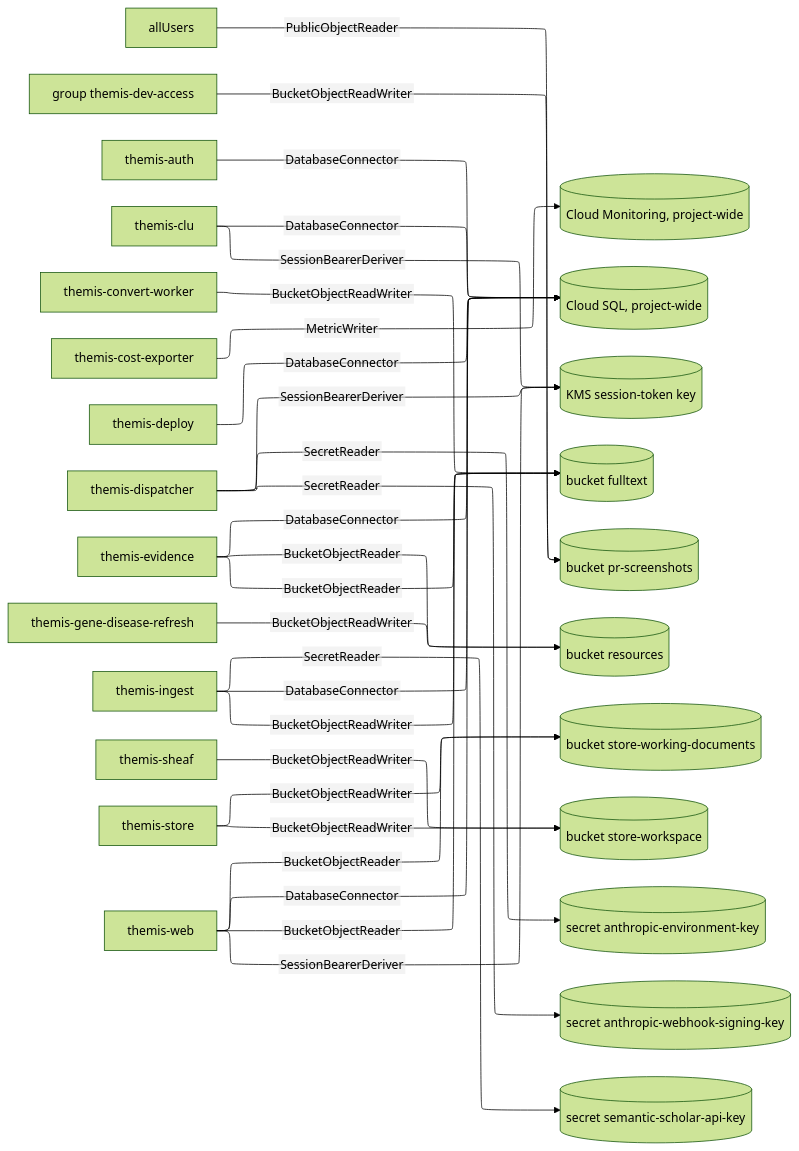
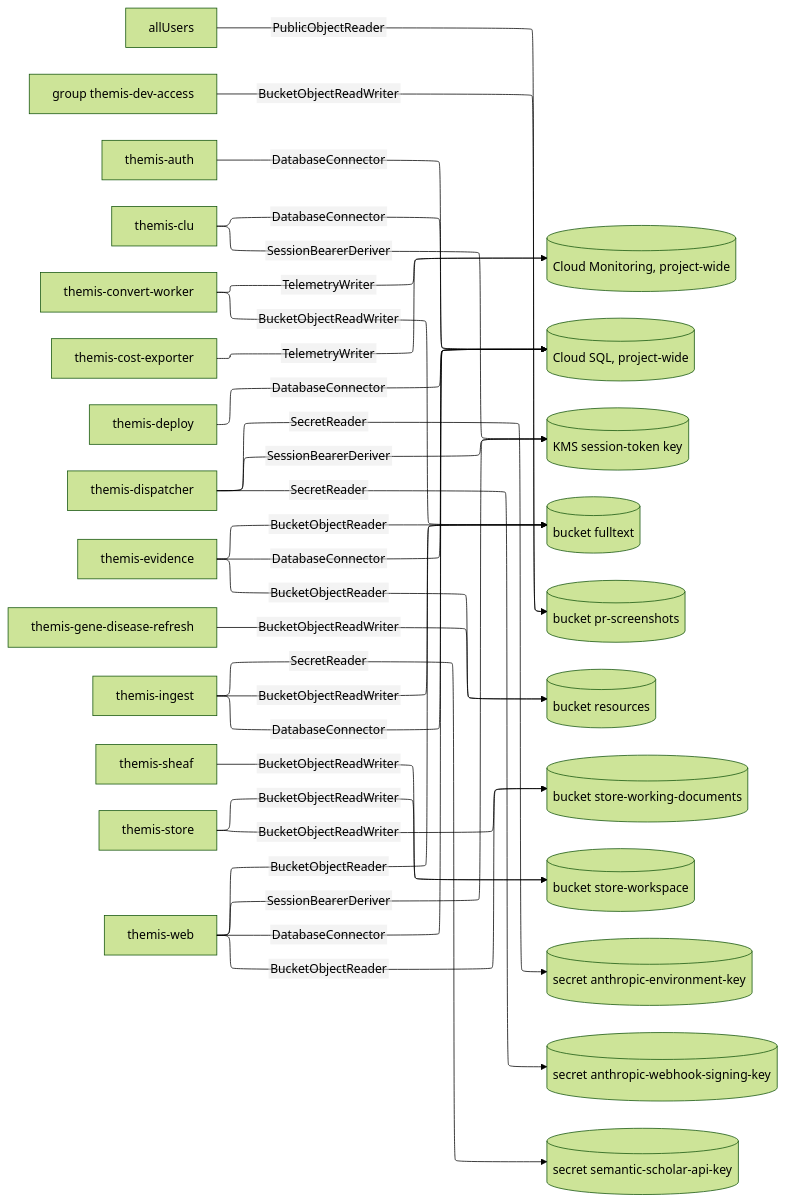
Before and after one commit to populationgenomics/themis: the diagram in docs/design/grants/data.mmd, drawn with Mermaid (forest theme). The commit also changed 36 other files, not shown here.

```diff
--- a/docs/design/grants/data.mmd
+++ b/docs/design/grants/data.mmd
@@ -1,52 +1,53 @@
 %%{init: {"layout": "elk", "elk": {"mergeEdges": true, "nodePlacementStrategy": "NETWORK_SIMPLEX"}, "htmlLabels": false, "flowchart": {"htmlLabels": false, "wrappingWidth": 320}}}%%
 flowchart LR
     n0["allUsers"]
     n1["group themis-dev-access"]
     n2["themis-auth"]
     n3["themis-clu"]
     n4["themis-convert-worker"]
     n5["themis-cost-exporter"]
     n6["themis-deploy"]
     n7["themis-dispatcher"]
     n8["themis-evidence"]
     n9["themis-gene-disease-refresh"]
     n10["themis-ingest"]
     n11["themis-sheaf"]
     n12["themis-store"]
     n13["themis-web"]
     n14[("Cloud Monitoring, project-wide")]
     n15[("Cloud SQL, project-wide")]
     n16[("KMS session-token key")]
     n17[("bucket fulltext")]
     n18[("bucket pr-screenshots")]
     n19[("bucket resources")]
     n20[("bucket store-working-documents")]
     n21[("bucket store-workspace")]
     n22[("secret anthropic-environment-key")]
     n23[("secret anthropic-webhook-signing-key")]
     n24[("secret semantic-scholar-api-key")]
     n0 -->|PublicObjectReader| n18
     n1 -->|BucketObjectReadWriter| n18
     n2 -->|DatabaseConnector| n15
     n3 -->|DatabaseConnector| n15
     n3 -->|SessionBearerDeriver| n16
     n4 -->|BucketObjectReadWriter| n17
-    n5 -->|MetricWriter| n14
+    n4 -->|TelemetryWriter| n14
+    n5 -->|TelemetryWriter| n14
     n6 -->|DatabaseConnector| n15
     n7 -->|SecretReader| n22
     n7 -->|SecretReader| n23
     n7 -->|SessionBearerDeriver| n16
     n8 -->|BucketObjectReader| n17
     n8 -->|BucketObjectReader| n19
     n8 -->|DatabaseConnector| n15
     n9 -->|BucketObjectReadWriter| n19
     n10 -->|BucketObjectReadWriter| n17
     n10 -->|DatabaseConnector| n15
     n10 -->|SecretReader| n24
     n11 -->|BucketObjectReadWriter| n21
     n12 -->|BucketObjectReadWriter| n20
     n12 -->|BucketObjectReadWriter| n21
     n13 -->|BucketObjectReader| n17
     n13 -->|BucketObjectReader| n20
     n13 -->|DatabaseConnector| n15
     n13 -->|SessionBearerDeriver| n16
```
